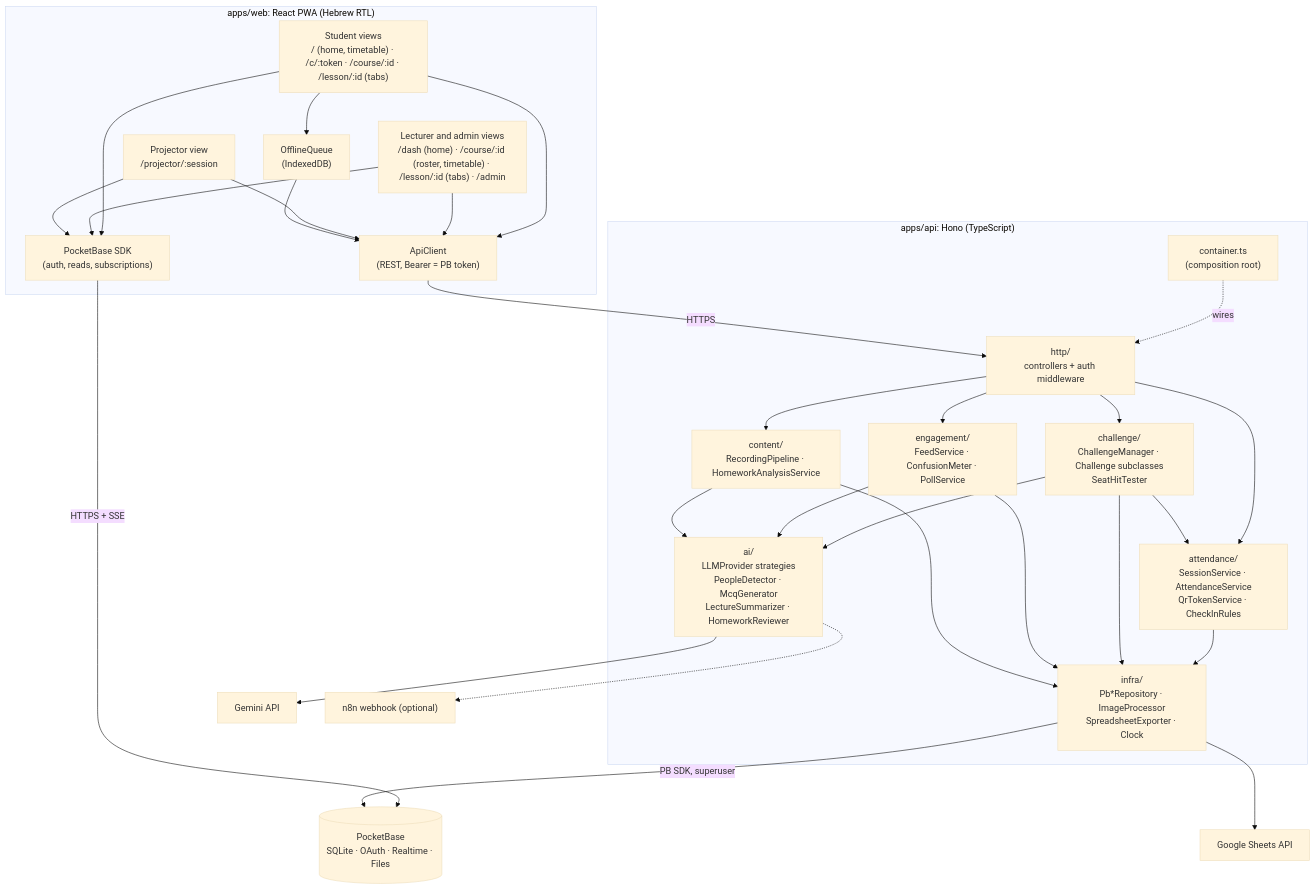
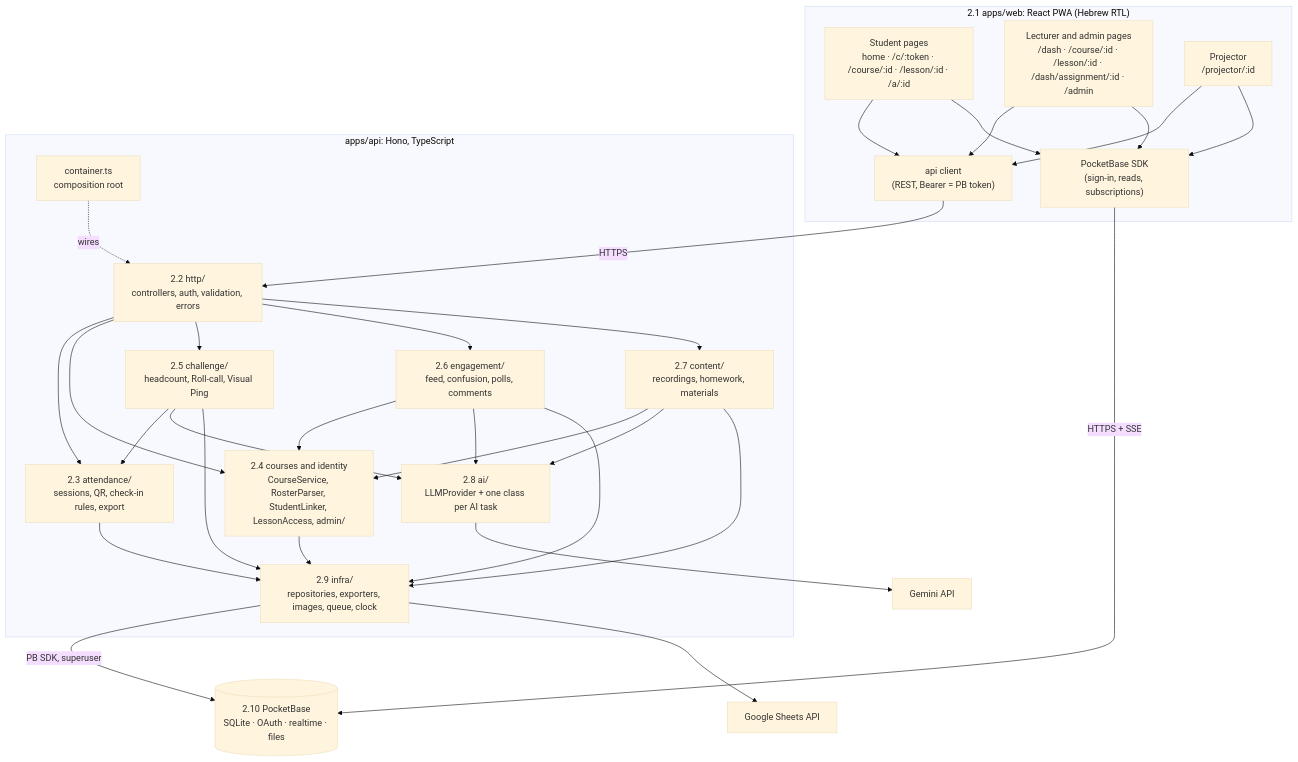
One commit to GiladApel/classpulse changed the second of 4 diagrams in docs/06-sdd.md. Above: the diagram before and after it, drawn with Mermaid (base theme). The commit also changed other lines of this file, not shown here.

Commit message:
docs(sdd): context, numbered components, interfaces, ER diagram and identity, deployment, rationale, requirement allocation

````diff
--- a/docs/06-sdd.md
+++ b/docs/06-sdd.md
@@ -5,42 +33,40 @@
 ```mermaid
 flowchart TB
-  subgraph Client["apps/web: React PWA (Hebrew RTL)"]
-    SV["Student views<br/>/ (home, timetable) · /c/:token · /course/:id · /lesson/:id (tabs)"]
-    LV["Lecturer and admin views<br/>/dash (home) · /course/:id (roster, timetable) · /lesson/:id (tabs) · /admin"]
-    PV["Projector view<br/>/projector/:session"]
-    APIC["ApiClient<br/>(REST, Bearer = PB token)"]
-    PBC["PocketBase SDK<br/>(auth, reads, subscriptions)"]
-    OQ["OfflineQueue<br/>(IndexedDB)"]
+  subgraph WEB["2.1 apps/web: React PWA (Hebrew RTL)"]
+    SV["Student pages<br/>home · /c/:token · /course/:id · /lesson/:id · /a/:id"]
+    LV["Lecturer and admin pages<br/>/dash · /course/:id · /lesson/:id · /dash/assignment/:id · /admin"]
+    PV["Projector<br/>/projector/:id"]
+    APIC["api client<br/>(REST, Bearer = PB token)"]
+    PBC["PocketBase SDK<br/>(sign-in, reads, subscriptions)"]
     SV & LV & PV --> APIC
     SV & LV & PV --> PBC
-    SV --> OQ --> APIC
   end
 
-  subgraph API["apps/api: Hono (TypeScript)"]
-    HTTP["http/<br/>controllers + auth middleware"]
-    ATT["attendance/<br/>SessionService · AttendanceService<br/>QrTokenService · CheckInRules"]
-    CH["challenge/<br/>ChallengeManager · Challenge subclasses<br/>SeatHitTester"]
-    ENG["engagement/<br/>FeedService · ConfusionMeter · PollService"]
-    CON["content/<br/>RecordingPipeline · HomeworkAnalysisService"]
-    AI["ai/<br/>LLMProvider strategies<br/>PeopleDetector · McqGenerator<br/>LectureSummarizer · HomeworkReviewer"]
-    INF["infra/<br/>Pb*Repository · ImageProcessor<br/>SpreadsheetExporter · Clock"]
-    ROOT["container.ts<br/>(composition root)"]
-    HTTP --> ATT & CH & ENG & CON
+  subgraph API["apps/api: Hono, TypeScript"]
+    HTTP["2.2 http/<br/>controllers, auth, validation, errors"]
+    ATT["2.3 attendance/<br/>sessions, QR, check-in rules, export"]
+    CRS["2.4 courses and identity<br/>CourseService, RosterParser, StudentLinker, LessonAccess, admin/"]
+    CH["2.5 challenge/<br/>headcount, Roll-call, Visual Ping"]
+    ENG["2.6 engagement/<br/>feed, confusion, polls, comments"]
+    CON["2.7 content/<br/>recordings, homework, materials"]
+    AI["2.8 ai/<br/>LLMProvider + one class per AI task"]
+    INF["2.9 infra/<br/>repositories, exporters, images, queue, clock"]
+    ROOT["container.ts<br/>composition root"]
+    HTTP --> ATT & CRS & CH & ENG & CON
     CH --> ATT
+    ENG & CON --> CRS
     CH & ENG & CON --> AI
-    ATT & CH & ENG & CON --> INF
-    ROOT -.wires.-> HTTP
+    ATT & CRS & CH & ENG & CON --> INF
+    ROOT -. wires .-> HTTP
   end
 
-  PB[("PocketBase<br/>SQLite · OAuth · Realtime · Files")]
-  GEM["Gemini API"]
-  N8N["n8n webhook (optional)"]
-  GS["Google Sheets API"]
+  PB[("2.10 PocketBase<br/>SQLite · OAuth · realtime · files")]
+  GEM[Gemini API]
+  GS[Google Sheets API]
 
-  APIC -->|HTTPS| HTTP
-  PBC -->|HTTPS + SSE| PB
-  INF -->|PB SDK, superuser| PB
+  APIC -- HTTPS --> HTTP
+  PBC -- "HTTPS + SSE" --> PB
+  INF -- "PB SDK, superuser" --> PB
   AI --> GEM
-  AI -.-> N8N
   INF --> GS
 ```
````
